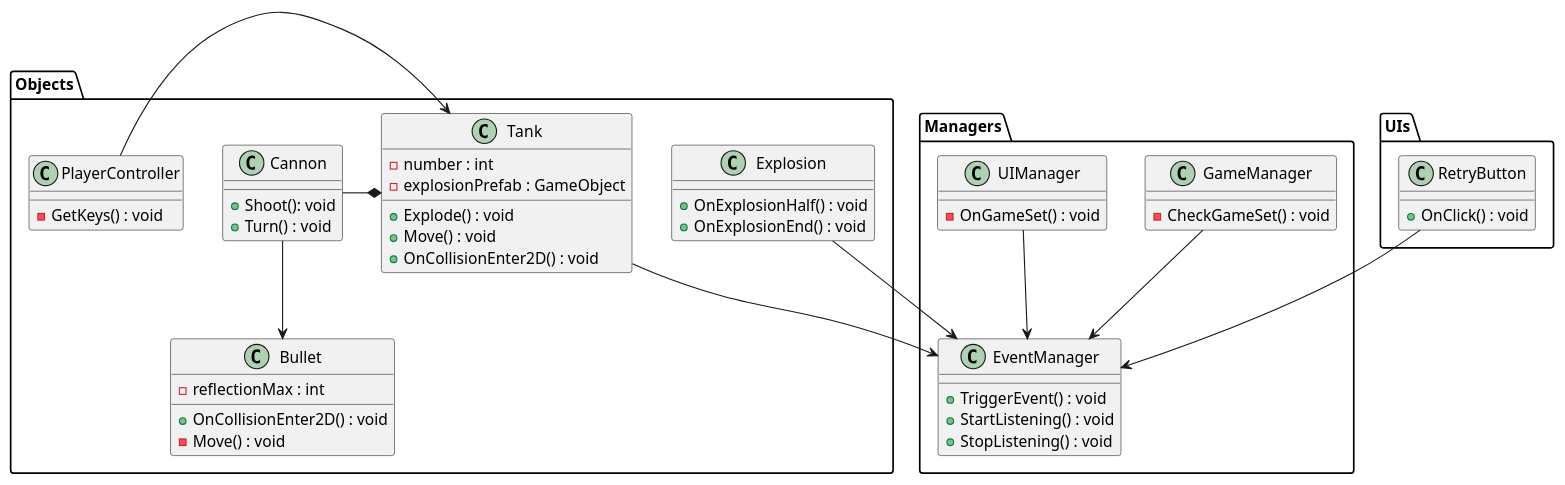
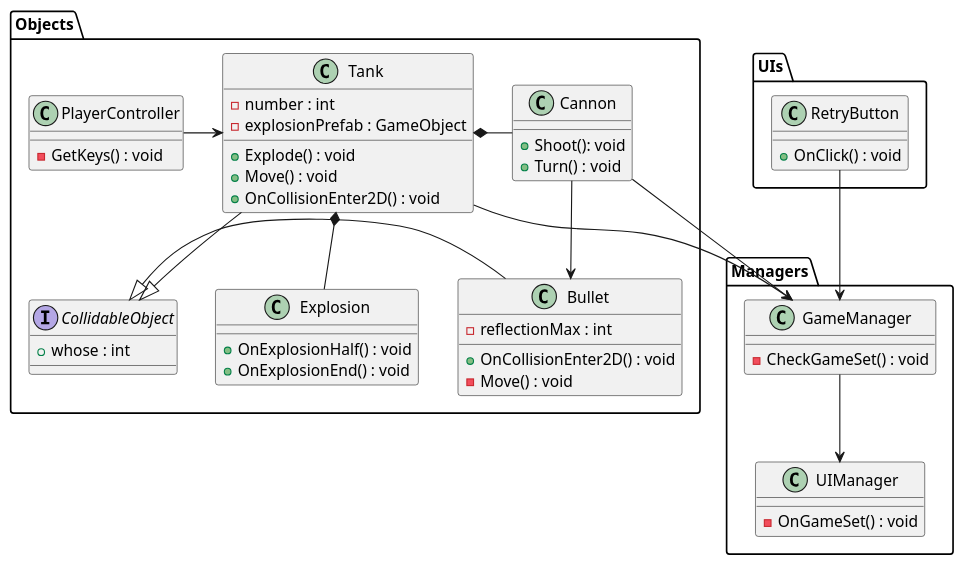
One commit to konbraphat51/Tank changed the diagram in UML/Class.puml. Above: the diagram before and after it, drawn with PlantUML. The commit also changed 39 other files, not shown here.

```diff
--- a/UML/Class.puml
+++ b/UML/Class.puml
@@ -1,71 +1,71 @@
 @startuml
 
 package Objects{
     class Bullet{
         -reflectionMax : int
         +OnCollisionEnter2D() : void
         -Move() : void
     }
 
     class Tank{
         -number : int
         -explosionPrefab : GameObject
         +Explode() : void
         +Move() : void
         +OnCollisionEnter2D() : void
     }
 
     class Explosion{
         +OnExplosionHalf() : void
         +OnExplosionEnd() : void
     }
 
     class Cannon{
         +Shoot(): void
         +Turn() : void
     }
 
     class PlayerController{
         -GetKeys() : void
     }
+
+    interface CollidableObject{
+        +whose : int
+    }
 }
 
 package Managers{
-    class EventManager{
-        +TriggerEvent() : void
-        +StartListening() : void
-        +StopListening() : void
-    }
-
     class GameManager{
         -CheckGameSet() : void
     }
 
     class UIManager{
         -OnGameSet() : void
     }
 }
 
 package UIs{
     class RetryButton{
         +OnClick() : void
     }
 }
 
 PlayerController -> Tank
 
 Tank *- Cannon
 
 Cannon --> Bullet
 
-Explosion --> EventManager
+Tank *-- Explosion
 
-GameManager --> EventManager
+Tank -|> CollidableObject
+Bullet -|> CollidableObject
 
-RetryButton --> EventManager
+Tank --> GameManager
+Cannon --> GameManager
 
-Tank --> EventManager
+GameManager --> UIManager
 
-UIManager --> EventManager
+RetryButton --> GameManager
 
 @enduml
```
